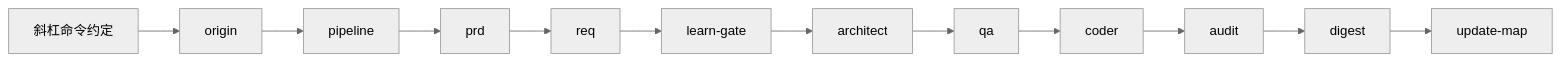
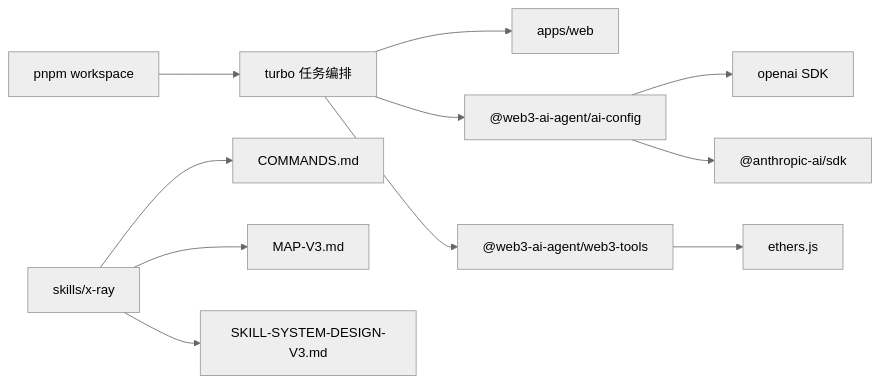
Before and after one commit to CryptoLinxu/Web3-AI-Agent: the sixth of 6 diagrams in .qoder/repowiki/zh/content/快速开始.md, drawn with Mermaid (neutral theme). The commit also changed other lines of this file and 15 other files, not shown here.

````diff
--- a/.qoder/repowiki/zh/content/快速开始.md
+++ b/.qoder/repowiki/zh/content/快速开始.md
@@ -282,14 +272,13 @@
 ```mermaid
 graph LR
-CMD["斜杠命令约定"] --> ORG["origin"]
-ORG --> PIPE["pipeline"]
-PIPE --> PRD["prd"]
-PRD --> REQ["req"]
-REQ --> LG["learn-gate"]
-LG --> ARCH["architect"]
-ARCH --> QA["qa"]
-QA --> CODER["coder"]
-CODER --> AUDIT["audit"]
-AUDIT --> DIGEST["digest"]
-DIGEST --> MAP["update-map"]
+pnpm["pnpm workspace"] --> turbo["turbo 任务编排"]
+turbo --> apps_web["apps/web"]
+turbo --> packages_ai["@web3-ai-agent/ai-config"]
+turbo --> packages_web3["@web3-ai-agent/web3-tools"]
+packages_ai --> openai["openai SDK"]
+packages_ai --> anthropic["@anthropic-ai/sdk"]
+packages_web3 --> ethers["ethers.js"]
+skills["skills/x-ray"] --> commands["COMMANDS.md"]
+skills --> map_v3["MAP-V3.md"]
+skills --> design_v3["SKILL-SYSTEM-DESIGN-V3.md"]
 ```
````
